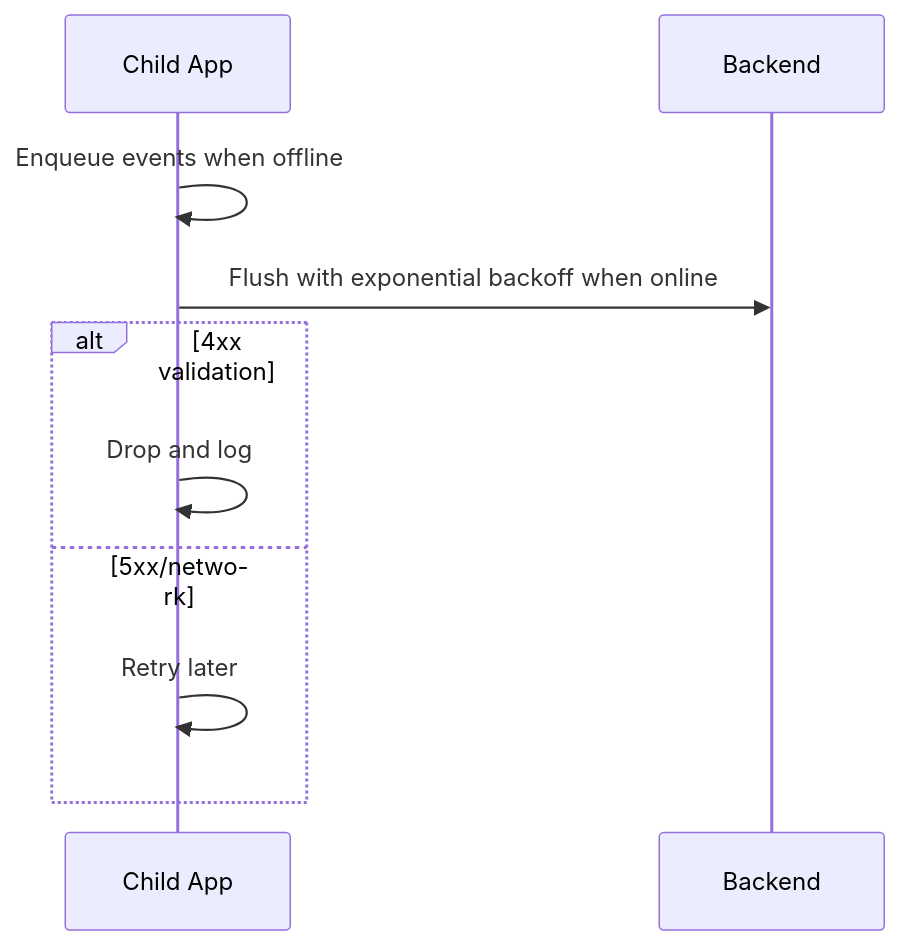
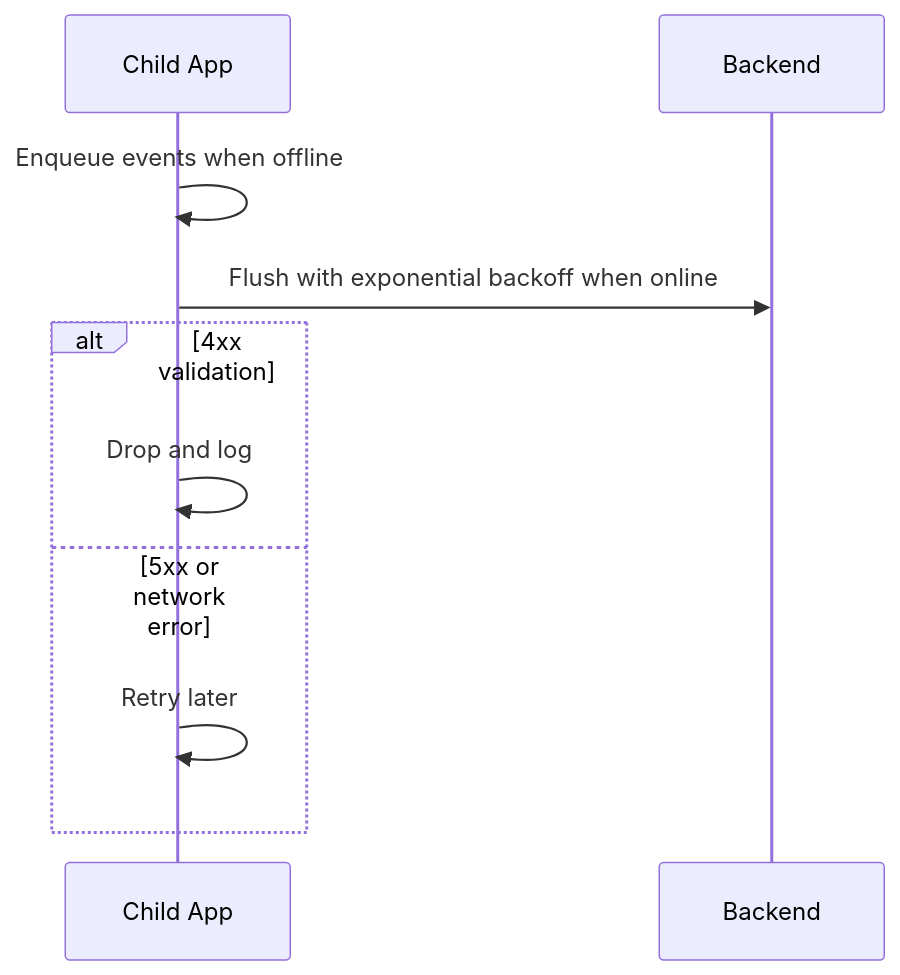
The diagram in Doc/Child app/features/09_offline_resilience_sync.md (maiElkheshen066/safeGuard), drawn with Mermaid before and after one commit. The commit also changed 9 other files, not shown here.

````diff
--- a/Doc/Child app/features/09_offline_resilience_sync.md
+++ b/Doc/Child app/features/09_offline_resilience_sync.md
@@ -21,12 +21,12 @@
 ```mermaid
 sequenceDiagram
   participant C as Child App
   participant B as Backend
   C->>C: Enqueue events when offline
   C->>B: Flush with exponential backoff when online
   alt 4xx validation
     C->>C: Drop and log
-  else 5xx/network
+  else 5xx or network error
     C->>C: Retry later
   end
 ```
````
